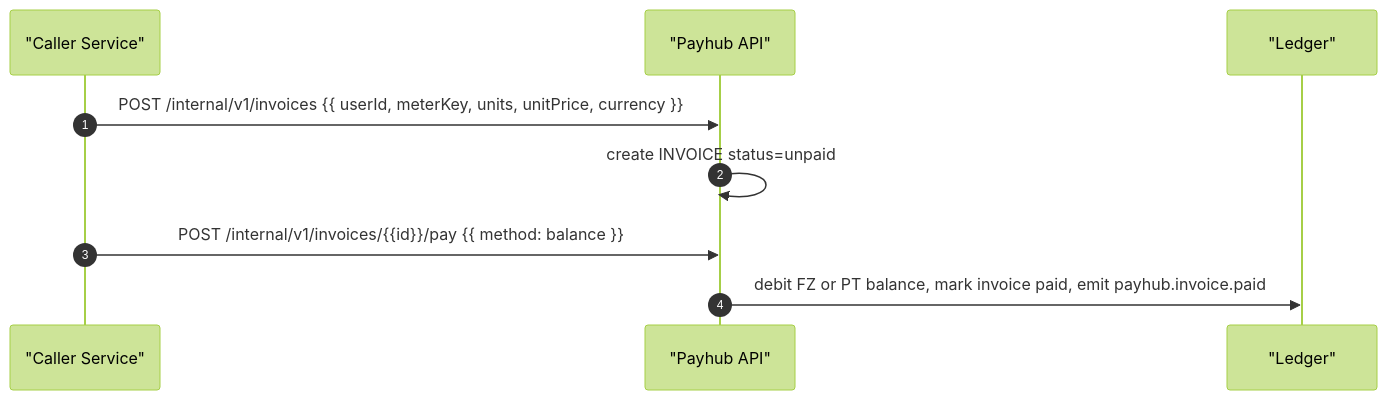
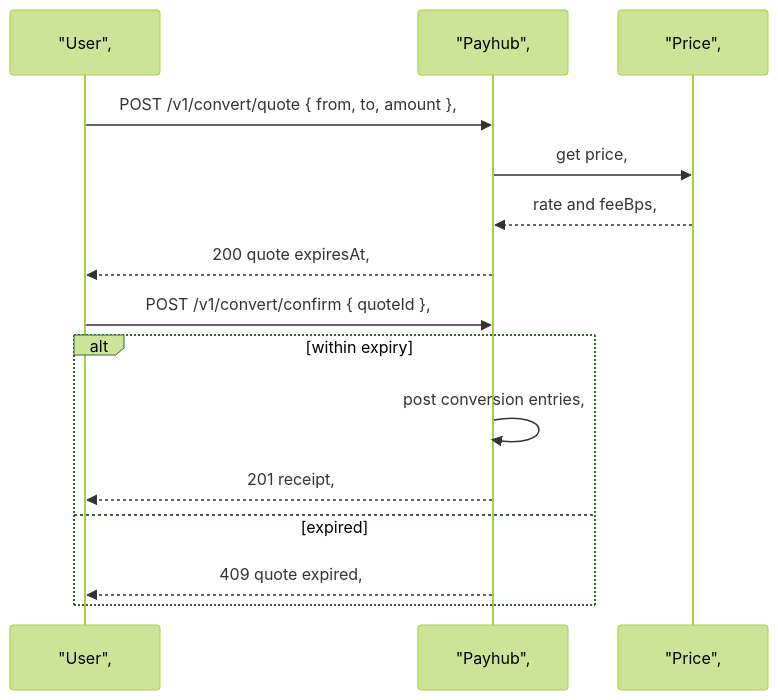
One commit to bkkac/tg-miniapp-payhub-service changed the sixth of 7 diagrams in SystemDesign.md. Above: the diagram before and after it, drawn with Mermaid (forest theme). The commit also changed other lines of this file, not shown here.

````diff
--- a/SystemDesign.md
+++ b/SystemDesign.md
@@ -553,11 +788,17 @@
 ```mermaid
 sequenceDiagram
-  autonumber
-  participant SVC as "Caller Service"
-  participant PH as "Payhub API"
-  participant L as "Ledger"
-  SVC->>PH: POST /internal/v1/invoices {{ userId, meterKey, units, unitPrice, currency }}
-  PH->>PH: create INVOICE status=unpaid
-  SVC->>PH: POST /internal/v1/invoices/{{id}}/pay {{ method: balance }}
-  PH->>L: debit FZ or PT balance, mark invoice paid, emit payhub.invoice.paid
+  participant U as "User",
+  participant PH as "Payhub",
+  participant PR as "Price",
+  U->>PH: POST /v1/convert/quote { from, to, amount },
+  PH->>PR: get price,
+  PR-->>PH: rate and feeBps,
+  PH-->>U: 200 quote expiresAt,
+  U->>PH: POST /v1/convert/confirm { quoteId },
+  alt within expiry
+    PH->>PH: post conversion entries,
+    PH-->>U: 201 receipt,
+  else expired
+    PH-->>U: 409 quote expired,
+  end
 ```
````
